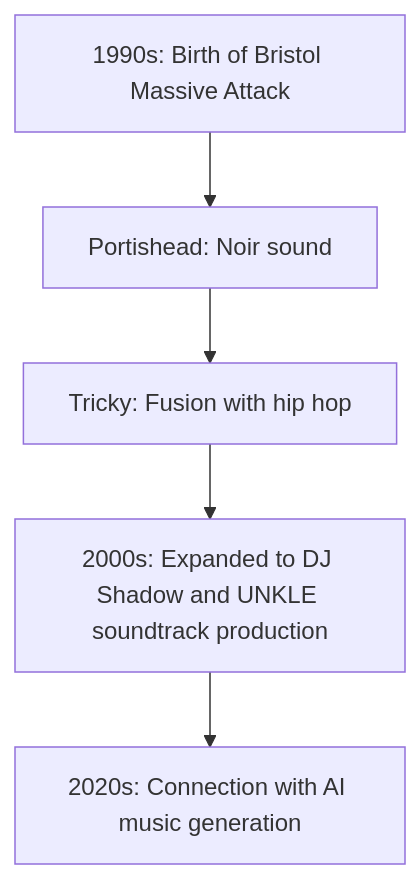
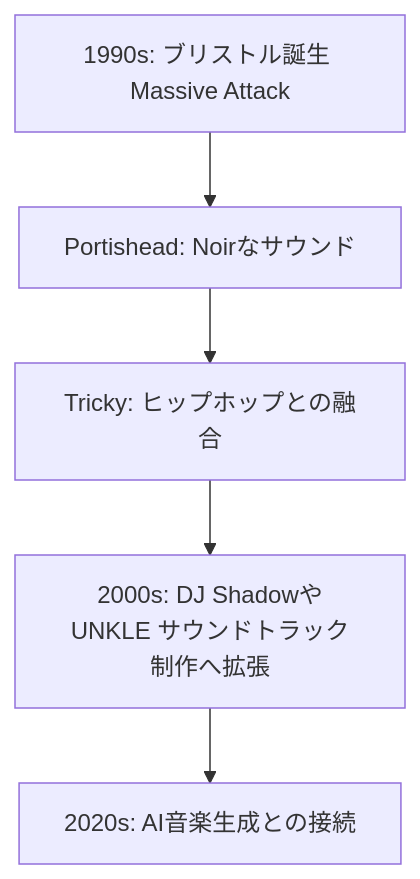
The first of 2 diagrams in en/_posts/2025-09-21-Column-Triphop.md (monumental-movement/monumental-movement.github.io), drawn with Mermaid before and after one commit. The commit also changed other lines of this file and 2196 other files, not shown here.

```diff
--- a/en/_posts/2025-09-21-Column-Triphop.md
+++ b/en/_posts/2025-09-21-Column-Triphop.md
@@ -54,7 +53,7 @@
 <div class="mermaid">
 flowchart TD
-    A["1990s: Birth of Bristol Massive Attack"] --> B["Portishead: Noir sound"]
-    B --> C["Tricky: Fusion with hip hop"]
-    C --> D["2000s: Expanded to DJ Shadow and UNKLE soundtrack production"]
-    D --> E["2020s: Connection with AI music generation"]
+    A["1990s: ブリストル誕生 Massive Attack"] --> B["Portishead: Noirなサウンド"]
+    B --> C["Tricky: ヒップホップとの融合"]
+    C --> D["2000s: DJ ShadowやUNKLE サウンドトラック制作へ拡張"]
+    D --> E["2020s: AI音楽生成との接続"]
 </div>
```
